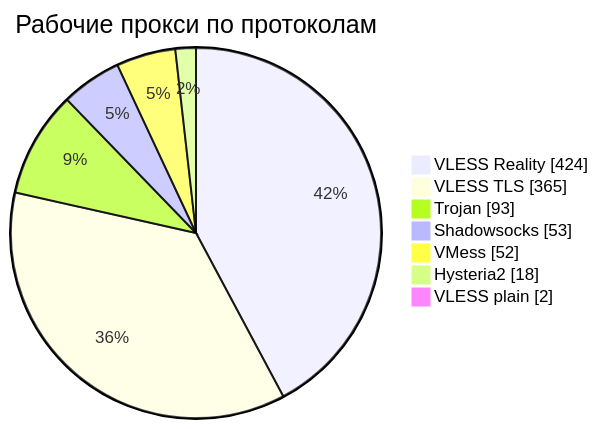
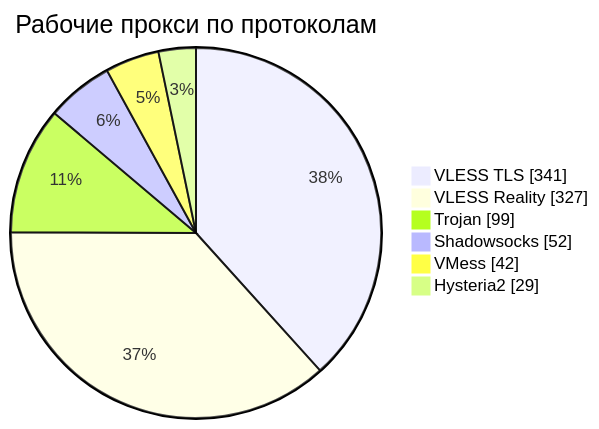
One commit to rvvg/proxy-subs changed the third of 4 diagrams in README.md. Above: the diagram before and after it, drawn with Mermaid. The commit also changed other lines of this file and 47 other files, not shown here.

````diff
--- a/README.md
+++ b/README.md
@@ -136,11 +137,10 @@
 ```mermaid
 pie showData
     title Рабочие прокси по протоколам
-    "VLESS Reality" : 424
-    "VLESS TLS" : 365
-    "Trojan" : 93
-    "Shadowsocks" : 53
-    "VMess" : 52
-    "Hysteria2" : 18
-    "VLESS plain" : 2
+    "VLESS TLS" : 341
+    "VLESS Reality" : 327
+    "Trojan" : 99
+    "Shadowsocks" : 52
+    "VMess" : 42
+    "Hysteria2" : 29
 ```
````
